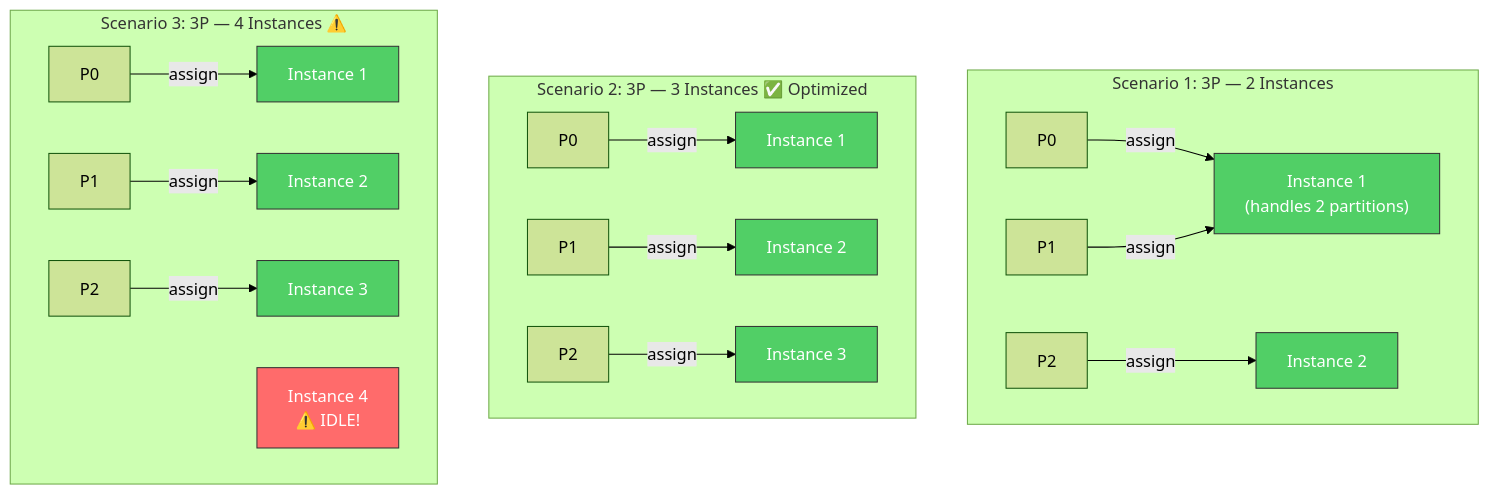
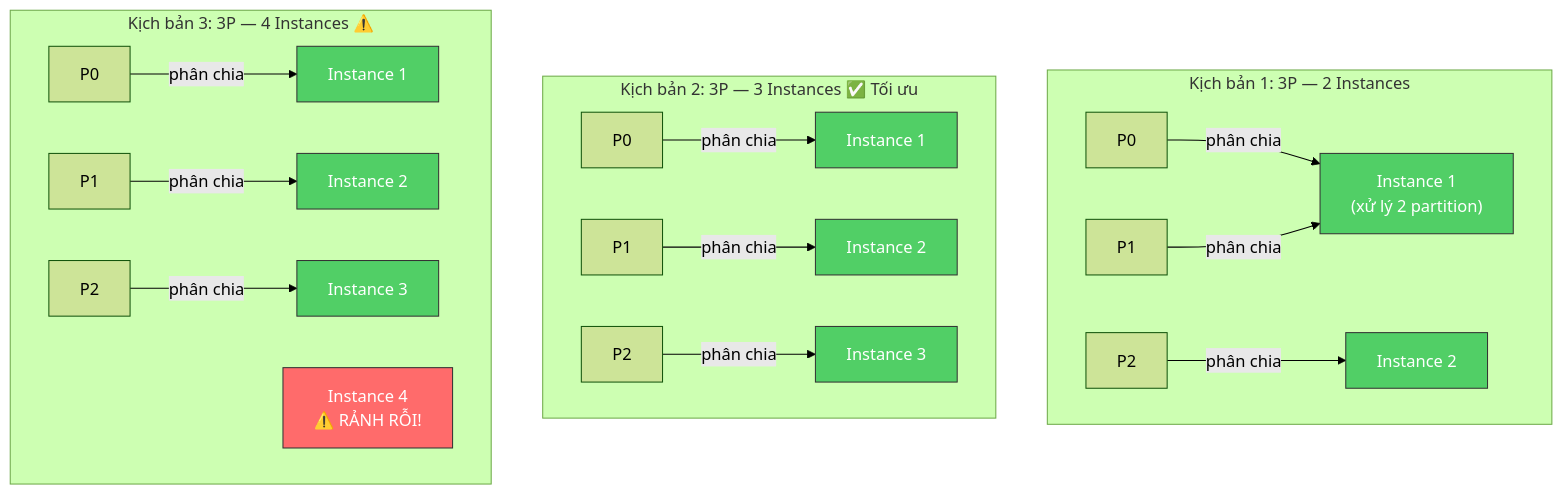
Before and after one commit to quan-vo-dinh/saas-pos-microservices-qrtable: diagram 11 of 38 in docs/guides/kafka-qrtable.md, drawn with Mermaid (forest theme). The commit also changed other lines of this file and 62 other files, not shown here.

````diff
--- a/docs/guides/kafka-qrtable.md
+++ b/docs/guides/kafka-qrtable.md
@@ -497,31 +496,31 @@
 ```mermaid
 graph TB
-    subgraph "Scenario 1: 3P — 2 Instances"
-P0A["P0"] -->|"assign"| I1A["Instance 1<br/>(handles 2 partitions)"]
-        P1A["P1"] -->|"assign"| I1A
-        P2A["P2"] -->|"assign"| I2A["Instance 2"]
+    subgraph "Kịch bản 1: 3P — 2 Instances"
+P0A["P0"] -->|"phân chia"| I1A["Instance 1<br/>(xử lý 2 partition)"]
+        P1A["P1"] -->|"phân chia"| I1A
+        P2A["P2"] -->|"phân chia"| I2A["Instance 2"]
     end
 
-subgraph "Scenario 2: 3P — 3 Instances ✅ Optimized"
-        P0B["P0"] -->|"assign"| I1B["Instance 1"]
-        P1B["P1"] -->|"assign"| I2B["Instance 2"]
-        P2B["P2"] -->|"assign"| I3B["Instance 3"]
+subgraph "Kịch bản 2: 3P — 3 Instances ✅ Tối ưu"
+        P0B["P0"] -->|"phân chia"| I1B["Instance 1"]
+        P1B["P1"] -->|"phân chia"| I2B["Instance 2"]
+        P2B["P2"] -->|"phân chia"| I3B["Instance 3"]
     end
 
-    subgraph "Scenario 3: 3P — 4 Instances ⚠️"
-        P0C["P0"] -->|"assign"| I1C["Instance 1"]
-        P1C["P1"] -->|"assign"| I2C["Instance 2"]
-        P2C["P2"] -->|"assign"| I3C["Instance 3"]
-        I4C["Instance 4<br/>⚠️ IDLE!"]
+    subgraph "Kịch bản 3: 3P — 4 Instances ⚠️"
+        P0C["P0"] -->|"phân chia"| I1C["Instance 1"]
+        P1C["P1"] -->|"phân chia"| I2C["Instance 2"]
+        P2C["P2"] -->|"phân chia"| I3C["Instance 3"]
+        I4C["Instance 4<br/>⚠️ RẢNH RỖI!"]
     end
 
     style I1A fill:#51cf66,stroke:#333,color:#fff
     style I2A fill:#51cf66,stroke:#333,color:#fff
     style I1B fill:#51cf66,stroke:#333,color:#fff
     style I2B fill:#51cf66,stroke:#333,color:#fff
     style I3B fill:#51cf66,stroke:#333,color:#fff
     style I1C fill:#51cf66,stroke:#333,color:#fff
     style I2C fill:#51cf66,stroke:#333,color:#fff
     style I3C fill:#51cf66,stroke:#333,color:#fff
     style I4C fill:#ff6b6b,stroke:#333,color:#fff
 ```
````
